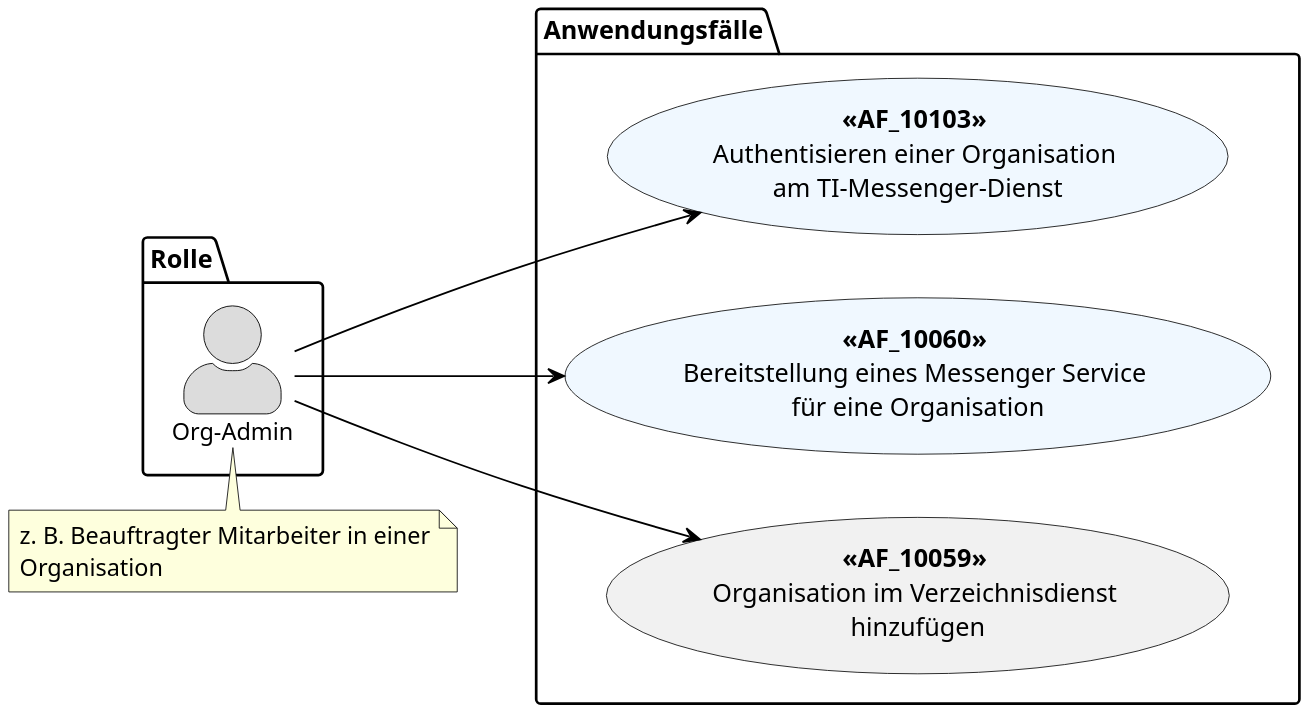
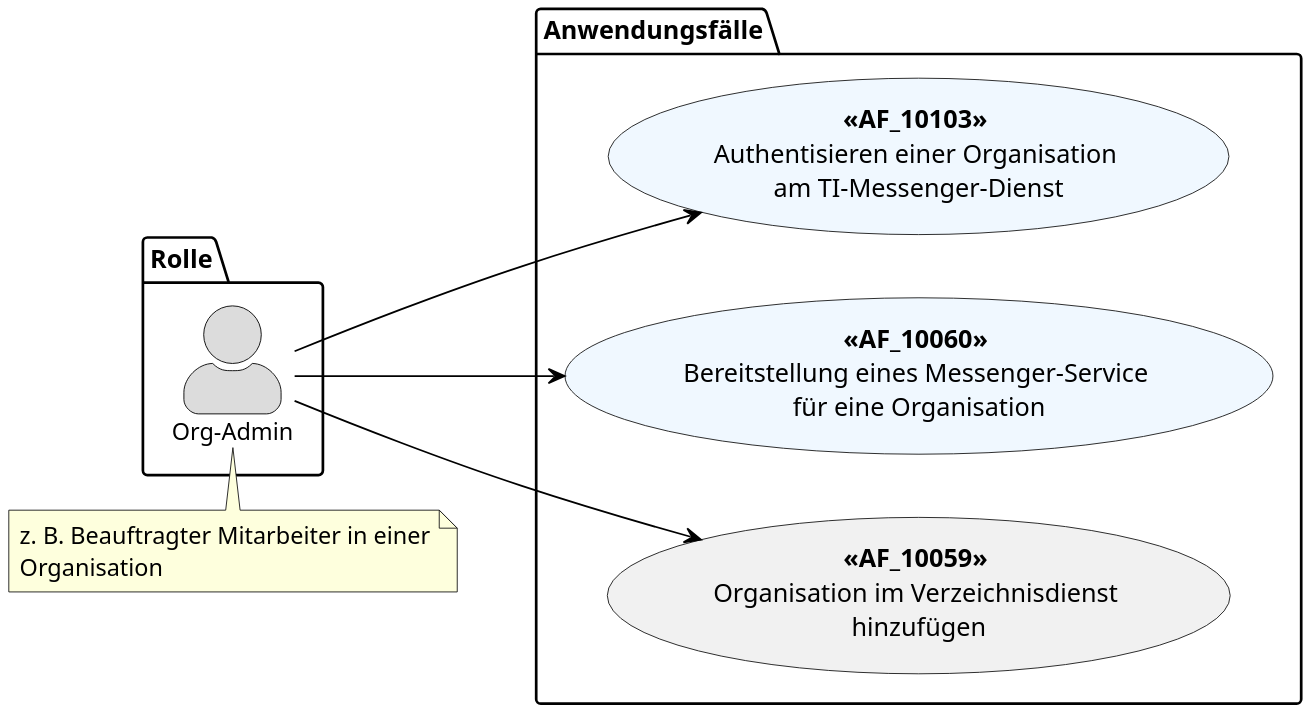
Before and after one commit to gematik/api-ti-messenger: the diagram in src/plantuml/TI-Messenger-Dienst/Ressourcen/UC_org_admin.puml, drawn with PlantUML.

```diff
--- a/src/plantuml/TI-Messenger-Dienst/Ressourcen/UC_org_admin.puml
+++ b/src/plantuml/TI-Messenger-Dienst/Ressourcen/UC_org_admin.puml
@@ -8,46 +8,46 @@
 @startuml
 skinparam actorStyle awesome
 left to right direction
 scale 6/3
 
 skinparam sequence {
 ArrowColor black
 ArrowFontSize 17
 ActorBorderColor black
 LifeLineBorderColor black
 LifeLineBackgroundColor Gainsboro
 
 ParticipantBorderColor Motivation
 ParticipantBackgroundColor Motivation
 ParticipantFontName Impact
 ParticipantFontSize 20
 ParticipantFontColor black
 ParticipantBorderColor Black
 ParticipantBackgroundColor MOTIVATION
 
 ActorBackgroundColor Gainsboro
 ActorFontColor black
 ActorFontSize 13
 ActorFontName Aapex
 }
 
 package Rolle {
   actor "Org-Admin" as oa
 }
 
 package Anwendungsfälle {
   usecase "**<<AF_10103>>** \nAuthentisieren einer Organisation \nam TI-Messenger-Dienst" as UC1 #AliceBlue
-  usecase "**<<AF_10060>>** \nBereitstellung eines Messenger Service \nfür eine Organisation" as UC2 #AliceBlue
+  usecase "**<<AF_10060>>** \nBereitstellung eines Messenger-Service \nfür eine Organisation" as UC2 #AliceBlue
   usecase "**<<AF_10059>>** \nOrganisation im Verzeichnisdienst \nhinzufügen" as UC3
 }
 
 oa --> UC1
 oa --> UC2
 oa --> UC3
 
 note top of (oa)
   z. B. Beauftragter Mitarbeiter in einer
   Organisation
 end note
 
 @enduml
```
